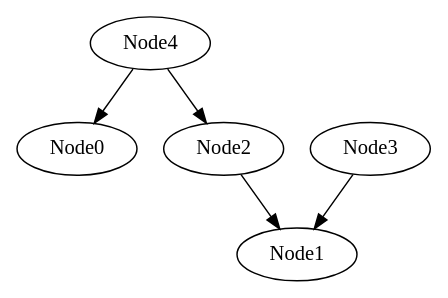
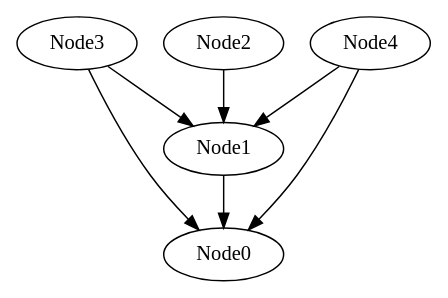
One commit to zephyr06/DAG_NLP changed the diagram in Visualize/currGraph.gv. Above: the diagram before and after it, drawn with Graphviz. The commit also changed 7 other files, not shown here.

```diff
--- a/Visualize/currGraph.gv
+++ b/Visualize/currGraph.gv
@@ -1,16 +1,20 @@
 // The Round Table
 digraph {
-	Node4
 	Node0
+	Node1
 	Node2
 	Node3
-	Node1
-	Node3 -> Node1
-
+	Node4
 	Node2 -> Node1
 
 	Node4 -> Node0
 
-	Node4 -> Node2
+	Node4 -> Node1
+
+	Node3 -> Node0
+
+	Node3 -> Node1
+
+	Node1 -> Node0
 
 }
```
